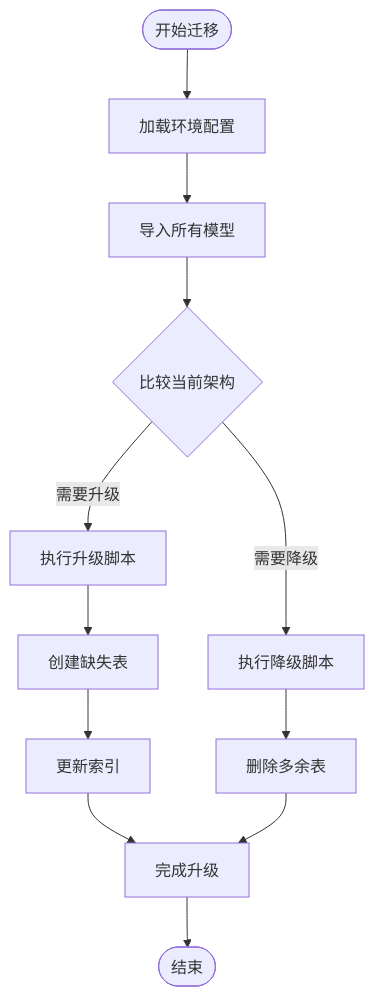
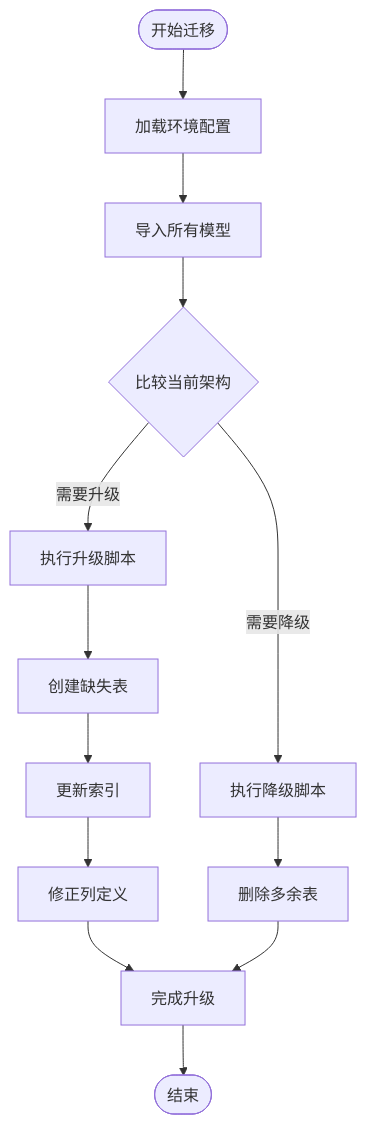
Before and after one commit to joezxh/QuantDinger: diagram 17 of 18 in .qoder/repowiki/zh/content/核心功能模块/数据库现代化与ORM架构.md, drawn with Mermaid. The commit also changed other lines of this file and 71 other files, not shown here.

````diff
--- a/.qoder/repowiki/zh/content/核心功能模块/数据库现代化与ORM架构.md
+++ b/.qoder/repowiki/zh/content/核心功能模块/数据库现代化与ORM架构.md
@@ -795,14 +1183,15 @@
 ```mermaid
 flowchart TD
 Start([开始迁移]) --> LoadEnv[加载环境配置]
 LoadEnv --> ImportModels[导入所有模型]
 ImportModels --> CompareSchema{比较当前架构}
 CompareSchema --> |需要升级| Upgrade[执行升级脚本]
 CompareSchema --> |需要降级| Downgrade[执行降级脚本]
 Upgrade --> CreateTables[创建缺失表]
 CreateTables --> UpdateIndexes[更新索引]
-UpdateIndexes --> Complete[完成升级]
+UpdateIndexes --> CorrectColumns[修正列定义]
+CorrectColumns --> Complete[完成升级]
 Downgrade --> DropTables[删除多余表]
 DropTables --> Complete
 Complete --> End([结束])
 ```
````
